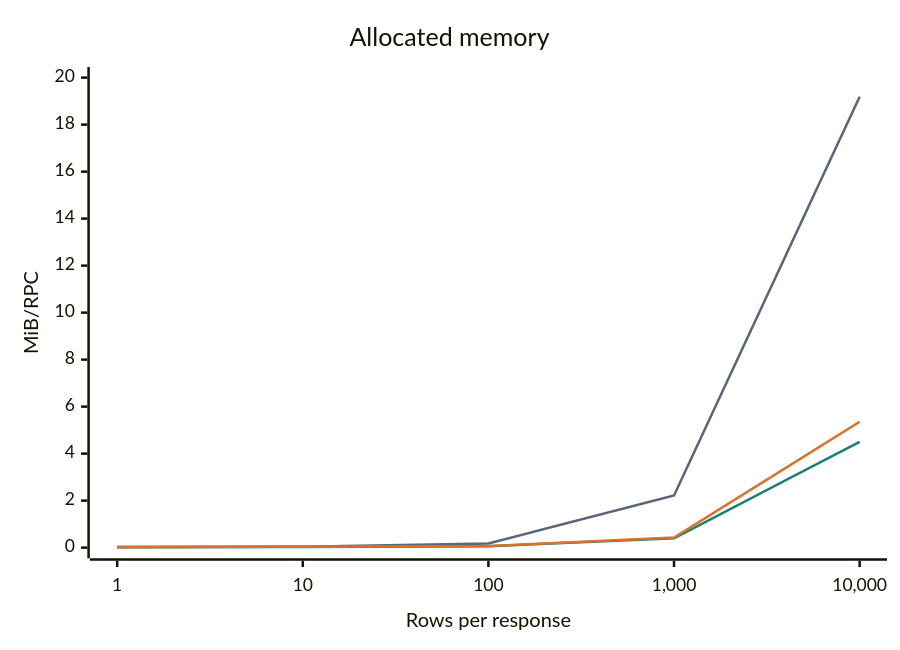
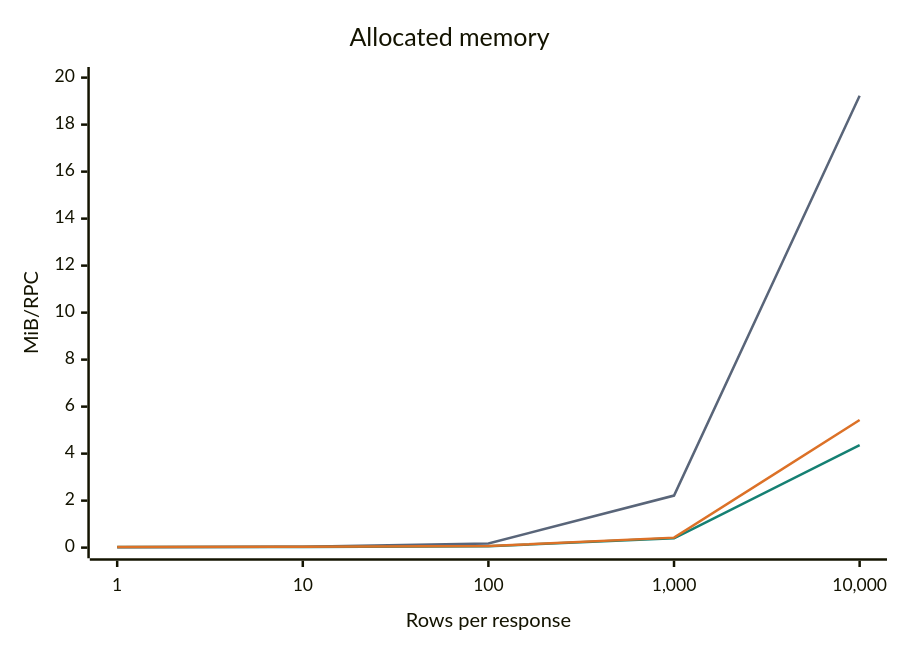
One commit to ydb-platform/ydb-go-sdk changed the second of 3 diagrams in QUERY.md. Above: the diagram before and after it, drawn with Mermaid. The commit also changed other lines of this file and 2 other files, not shown here.

Commit message:
test(query): use standard benchmark metrics without checksums

````diff
--- a/QUERY.md
+++ b/QUERY.md
@@ -244,15 +245,15 @@
 ```mermaid
 ---
 config:
   themeVariables:
     xyChart:
       plotColorPalette: "#596579, #158073, #dc7127"
 ---
 xychart-beta
     title "Allocated memory"
     x-axis "Rows per response" ["1", "10", "100", "1,000", "10,000"]
     y-axis "MiB/RPC" 0 --> 20
-    line "Value" [0.021, 0.035, 0.179, 2.220, 19.184]
-    line "QueryArrow" [0.026, 0.029, 0.059, 0.394, 4.504]
-    line "WithResultFormatArrow" [0.029, 0.033, 0.066, 0.428, 5.358]
+    line "Value" [0.021, 0.035, 0.179, 2.215, 19.226]
+    line "QueryArrow" [0.026, 0.029, 0.059, 0.394, 4.361]
+    line "WithResultFormatArrow" [0.029, 0.033, 0.066, 0.425, 5.430]
 ```
````
